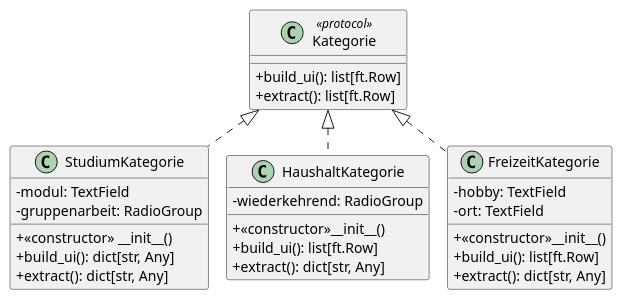
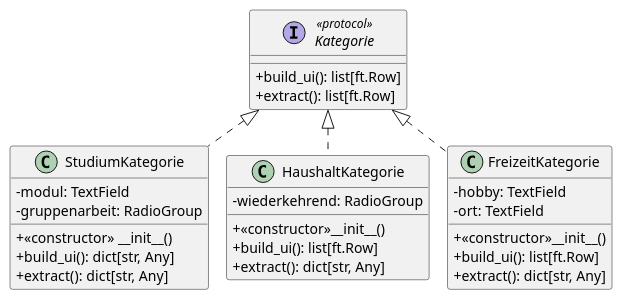
One commit to f0xon/Softwareprojekt-Studyplaner changed the diagram in Software_Todo_umstrukturiert/view/polymorphie_kategorien.puml. Above: the diagram before and after it, drawn with PlantUML.

Commit message:
klassendiagramm_geändert

```diff
--- a/Software_Todo_umstrukturiert/view/polymorphie_kategorien.puml
+++ b/Software_Todo_umstrukturiert/view/polymorphie_kategorien.puml
@@ -1,44 +1,44 @@
 @startuml
 !pragma layout smetana
 skinparam classAttributeIconSize 0
 
-class Kategorie <<protocol>>{
+interface Kategorie <<protocol>>{
     +build_ui(): list[ft.Row]
     +extract(): list[ft.Row]
 }
 
 class StudiumKategorie
 class HaushaltKategorie
 class FreizeitKategorie
 
 Kategorie <|.. StudiumKategorie
 Kategorie <|.. HaushaltKategorie
 Kategorie <|.. FreizeitKategorie
 
 class StudiumKategorie {
     -modul: TextField
     -gruppenarbeit: RadioGroup
 
     +<<constructor>> __init__()
     +build_ui(): dict[str, Any]
     +extract(): dict[str, Any]
 }
 
 class HaushaltKategorie {
     -wiederkehrend: RadioGroup
 
     +<<constructor>>__init__()
     +build_ui(): list[ft.Row]
     +extract(): dict[str, Any]
 }
 
 class FreizeitKategorie {
     -hobby: TextField
     -ort: TextField
 
     +<<constructor>>__init__()
     +build_ui(): list[ft.Row]
     +extract(): dict[str, Any]
 }
 
 @enduml
```
